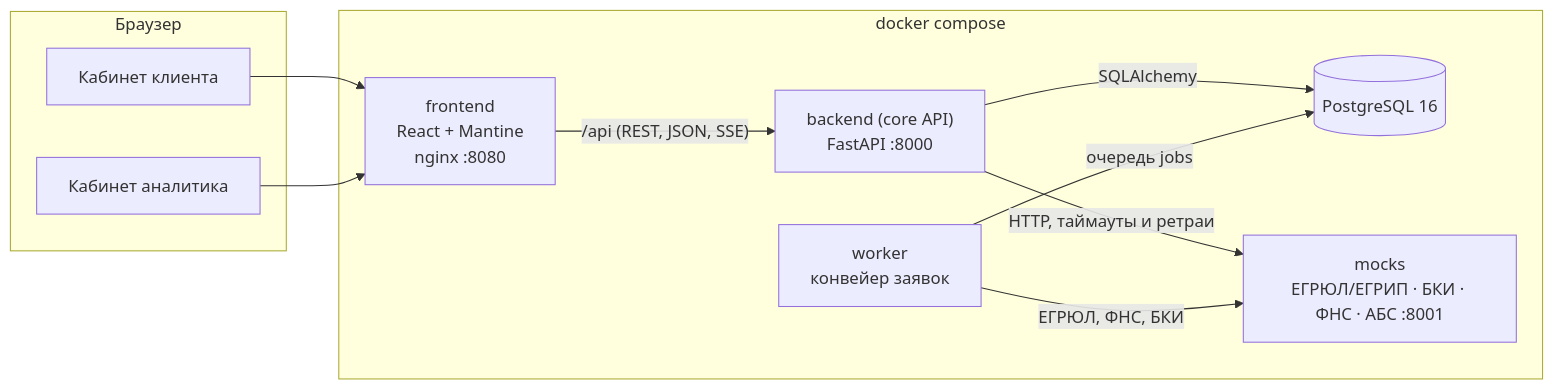
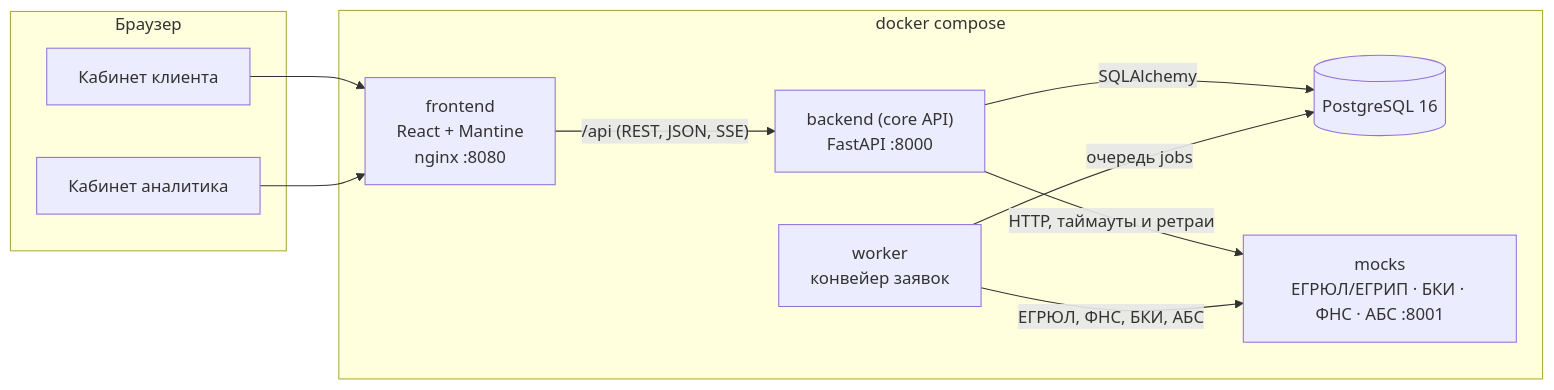
The first of 3 diagrams in docs/architecture.md (MrFerrumL/alpha-smart-credit-cabinet), drawn with Mermaid before and after one commit. The commit also changed other lines of this file and 5 other files, not shown here.

Commit message:
docs: align README, architecture, scoring, state machine and data model with the code

````diff
--- a/docs/architecture.md
+++ b/docs/architecture.md
@@ -5,23 +5,23 @@
 ```mermaid
 flowchart LR
     subgraph Browser["Браузер"]
         C["Кабинет клиента"]
         A["Кабинет аналитика"]
     end
 
     subgraph Docker["docker compose"]
         FE["frontend<br/>React + Mantine<br/>nginx :8080"]
         BE["backend (core API)<br/>FastAPI :8000"]
         WK["worker<br/>конвейер заявок"]
         DB[("PostgreSQL 16")]
         MK["mocks<br/>ЕГРЮЛ/ЕГРИП · БКИ · ФНС · АБС :8001"]
     end
 
     C --> FE
     A --> FE
     FE -- "/api (REST, JSON, SSE)" --> BE
     BE -- "SQLAlchemy" --> DB
     BE -- "HTTP, таймауты и ретраи" --> MK
     WK -- "очередь jobs" --> DB
-    WK -- "ЕГРЮЛ, ФНС, БКИ" --> MK
+    WK -- "ЕГРЮЛ, ФНС, БКИ, АБС" --> MK
 ```
````
